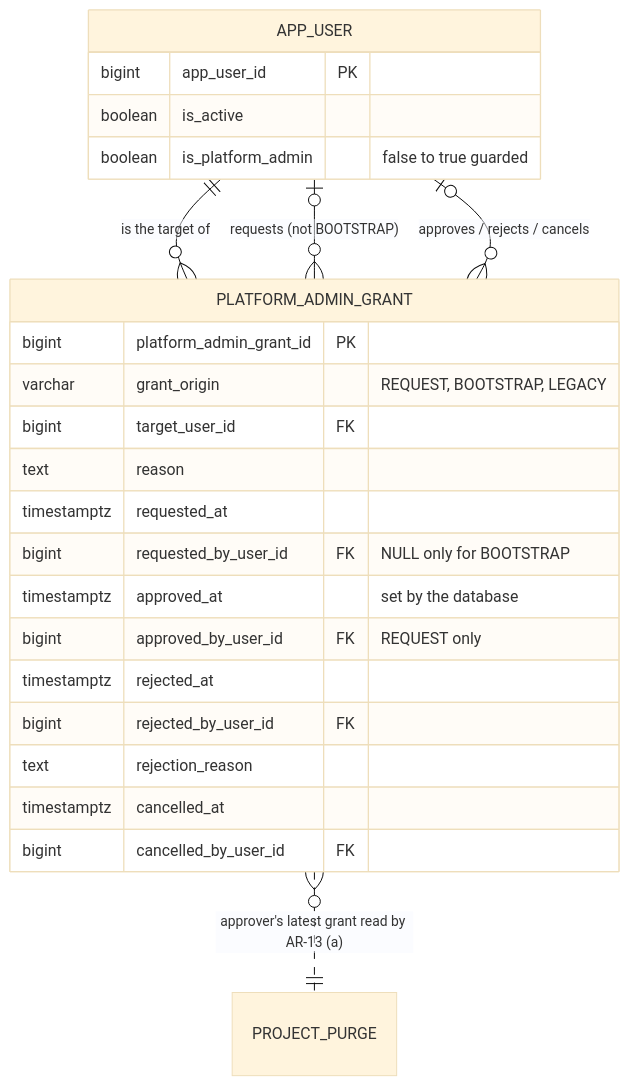
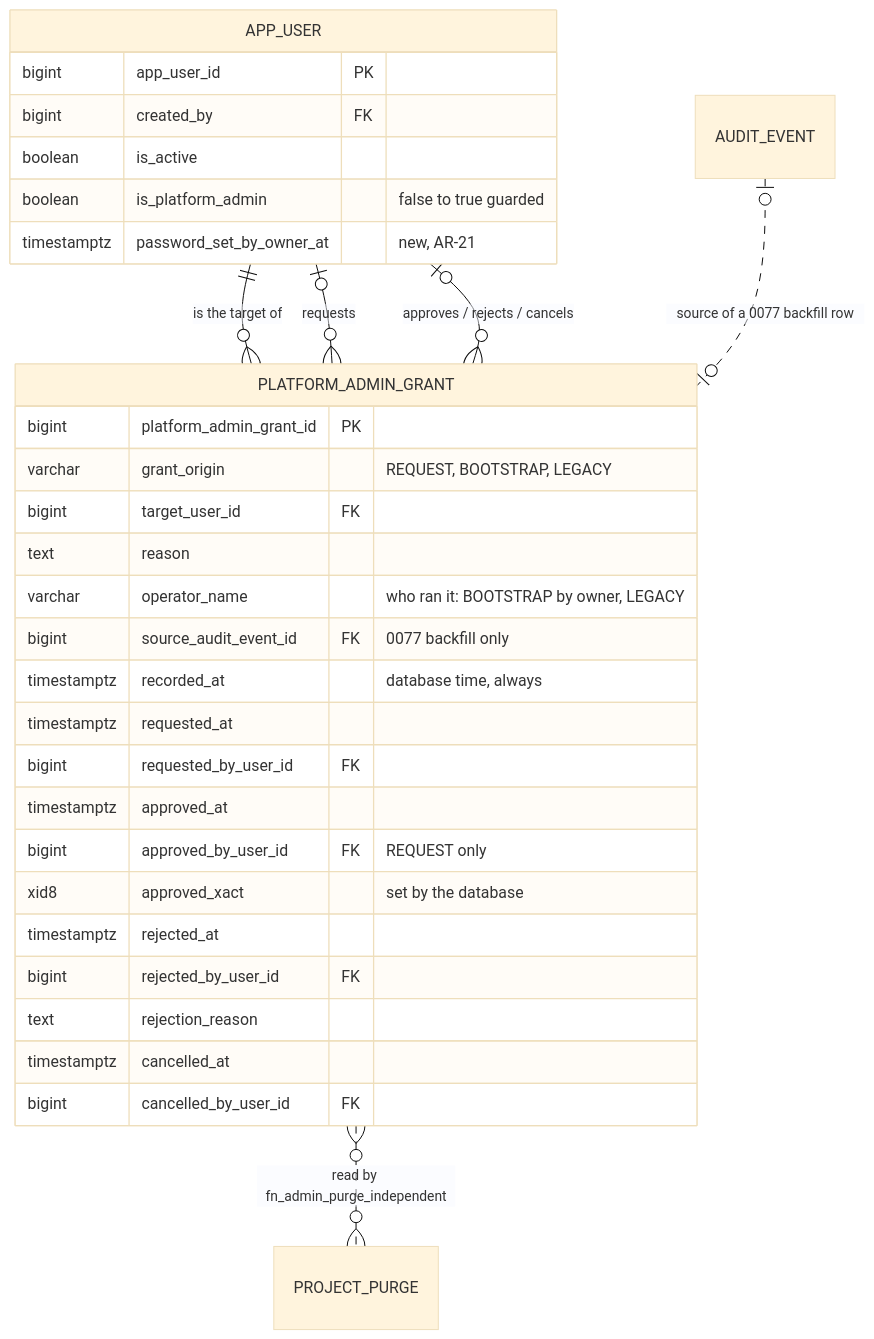
The diagram in docs/slice17_admin_grant_schema.md (ben-gmq/Value_Bridge), drawn with Mermaid (base theme) before and after one commit. The commit also changed other lines of this file and 2 other files, not shown here.

Commit message:
Slice 17 spec: Ben's answers folded, schema rev 2 (apple), design review round 2 of 2; Q-105..Q-107 open

````diff
--- a/docs/slice17_admin_grant_schema.md
+++ b/docs/slice17_admin_grant_schema.md
@@ -34,27 +29,34 @@
 ```mermaid
 erDiagram
     APP_USER ||--o{ PLATFORM_ADMIN_GRANT : "is the target of"
-    APP_USER |o--o{ PLATFORM_ADMIN_GRANT : "requests (not BOOTSTRAP)"
+    APP_USER |o--o{ PLATFORM_ADMIN_GRANT : "requests"
     APP_USER |o--o{ PLATFORM_ADMIN_GRANT : "approves / rejects / cancels"
-    PLATFORM_ADMIN_GRANT }o..|| PROJECT_PURGE : "approver's latest grant read by AR-13 (a)"
+    AUDIT_EVENT |o..o| PLATFORM_ADMIN_GRANT : "source of a 0077 backfill row"
+    PLATFORM_ADMIN_GRANT }o..o{ PROJECT_PURGE : "read by fn_admin_purge_independent"
     PLATFORM_ADMIN_GRANT {
         bigint platform_admin_grant_id PK
         varchar grant_origin "REQUEST, BOOTSTRAP, LEGACY"
         bigint target_user_id FK
         text reason
+        varchar operator_name "who ran it: BOOTSTRAP by owner, LEGACY"
+        bigint source_audit_event_id FK "0077 backfill only"
+        timestamptz recorded_at "database time, always"
         timestamptz requested_at
-        bigint requested_by_user_id FK "NULL only for BOOTSTRAP"
-        timestamptz approved_at "set by the database"
+        bigint requested_by_user_id FK
+        timestamptz approved_at
         bigint approved_by_user_id FK "REQUEST only"
+        xid8 approved_xact "set by the database"
         timestamptz rejected_at
         bigint rejected_by_user_id FK
         text rejection_reason
         timestamptz cancelled_at
         bigint cancelled_by_user_id FK
     }
     APP_USER {
         bigint app_user_id PK
+        bigint created_by FK
         boolean is_active
         boolean is_platform_admin "false to true guarded"
+        timestamptz password_set_by_owner_at "new, AR-21"
     }
 ```
````
